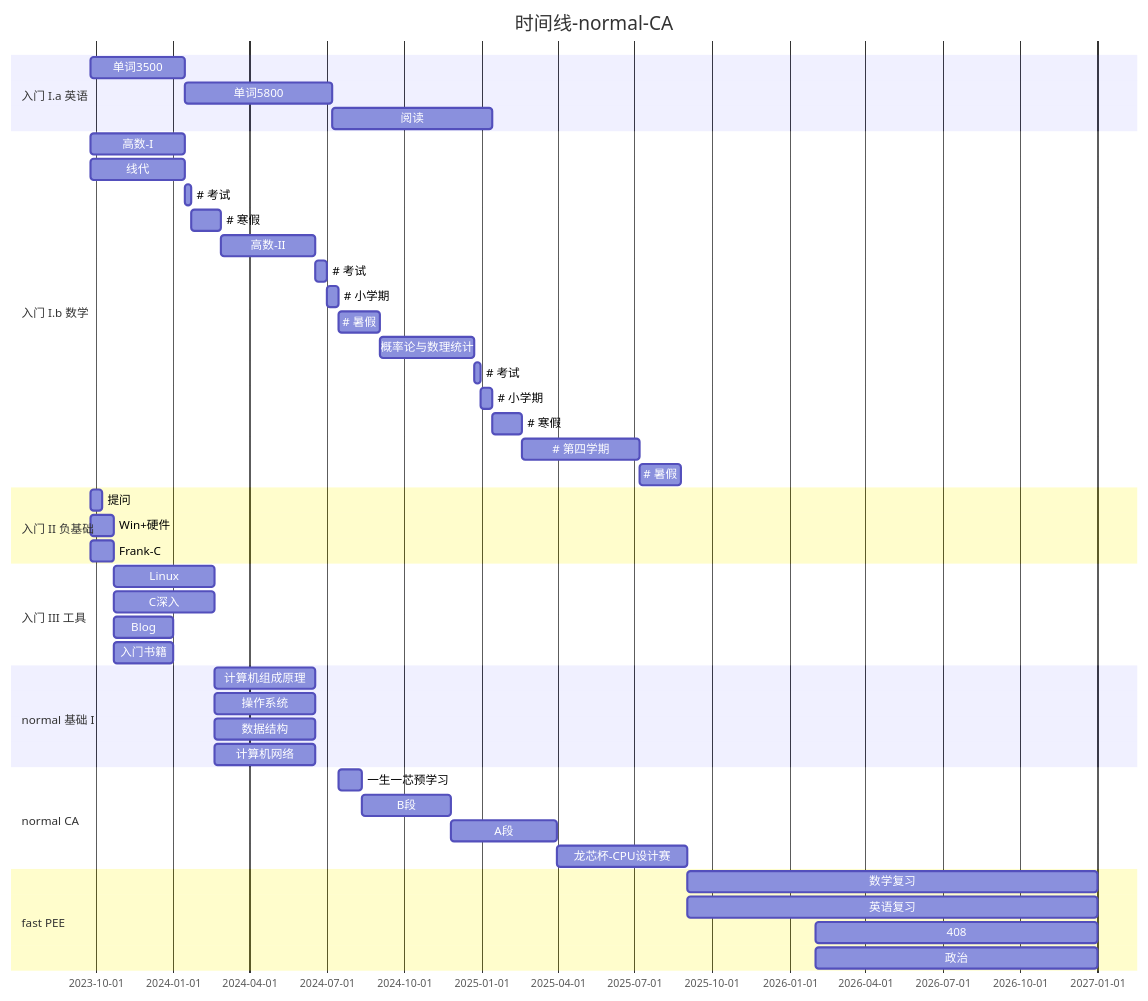
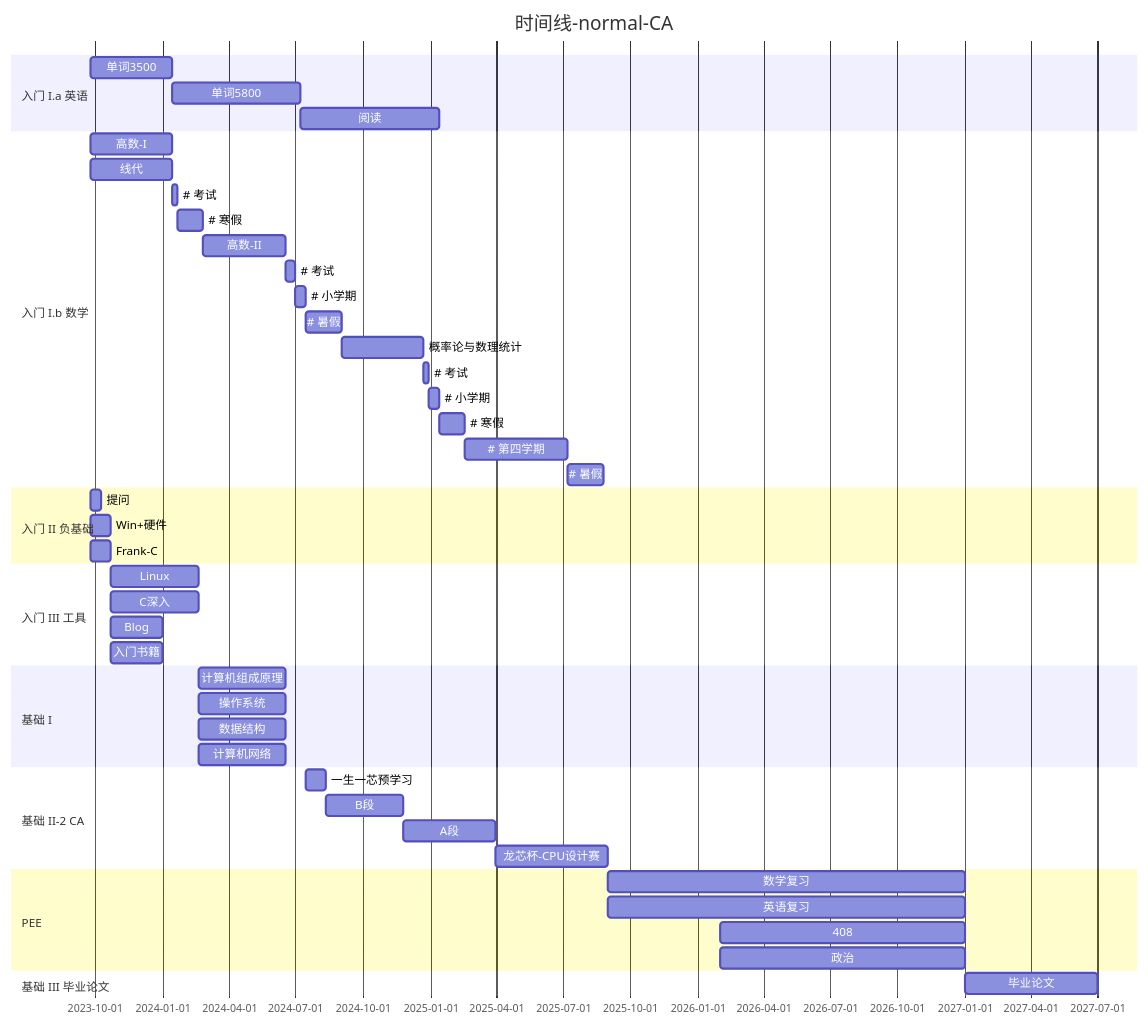
Before and after one commit to Haohahahaha/cs: the third of 3 diagrams in docs/greenhand/fertile/fertile.md, drawn with Mermaid. The commit also changed other lines of this file and 1 other file, not shown here.

````diff
--- a/docs/greenhand/fertile/fertile.md
+++ b/docs/greenhand/fertile/fertile.md
@@ -125,48 +129,49 @@
 ```mermaid
 gantt
     title 时间线-normal-CA
     section 入门 I.a 英语
     单词3500  : 2023-09-25, 16w
     单词5800  : 25w
     阅读		: 27w
     section 入门 I.b 数学
     高数-I	: 2023-09-25, 16w
     线代 		: 2023-09-25, 16w
 #    考试: 1w
 #    寒假: 5w
     高数-II	: 2024-02-26, 16w
 #    考试: 2w
 #    小学期: 2w
 #    暑假: 7w
     概率论与数理统计: 2024-09-02, 16w
 #    考试: 1w
 #    小学期: 2w
 #    寒假: 5w
 #    第四学期: 20w
 #    暑假: 7w
     section 入门 II 负基础
     提问	: 2023-09-25, 2w
     Win+硬件: 2023-09-25, 4w
     Frank-C	: 2023-09-25, 4w
     section 入门 III 工具
     Linux: 2023-10-23, 17w
     C深入: 2023-10-23, 17w
     Blog: 2023-10-23, 10w
     入门书籍: 2023-10-23, 10w
-    section normal 基础 I
+    section 基础 I
    	计算机组成原理: 2024-02-19, 17w
    	操作系统: 2024-02-19, 17w
    	数据结构: 2024-02-19, 17w
     计算机网络: 2024-02-19, 17w
-    section normal CA
+    section 基础 II-2 CA
     一生一芯预学习: 2024-07-15, 4w
     B段: 15w
     A段: 18w
     龙芯杯-CPU设计赛: 2025-03-31, 22w
-    section fast PEE
+    section PEE
     数学复习: 2025-09-01, 16M
     英语复习: 2025-09-01, 16M
     408: 2026-02-01, 11M
     政治: 2026-02-01, 11M
-    
+    section 基础 III 毕业论文
+    毕业论文: 2027-01-01,6M
 ```
````
